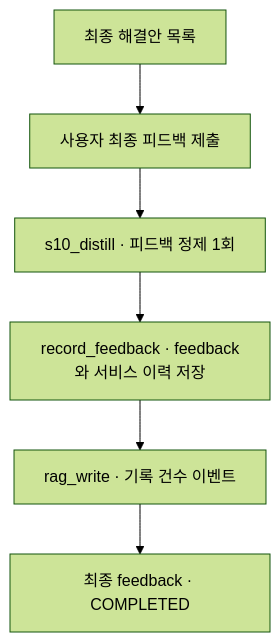
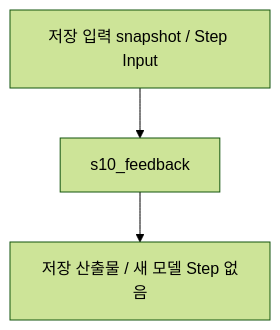
One commit to equipment0226/triz_backend changed the diagram in docs/sample-data/rotation-serial-latest/stages/13-s10-feedback.md. Above: the diagram before and after it, drawn with Mermaid (forest theme). The commit also changed other lines of this file and 1606 other files, not shown here.

````diff
--- a/docs/sample-data/rotation-serial-latest/stages/13-s10-feedback.md
+++ b/docs/sample-data/rotation-serial-latest/stages/13-s10-feedback.md
@@ -9,8 +12,5 @@
 ```mermaid
 flowchart TD
-    I["최종 해결안 목록"] --> H["사용자 최종 피드백 제출"]
-    H --> D["s10_distill · 피드백 정제 1회"]
-    D --> F["record_feedback · feedback와 서비스 이력 저장"]
-    F --> R["rag_write · 기록 건수 이벤트"]
-    R --> O["최종 feedback · COMPLETED"]
+    I["저장 입력 snapshot / Step Input"] --> S["s10_feedback"]
+    S --> O["저장 산출물 / 새 모델 Step 없음"]
 ```
````
